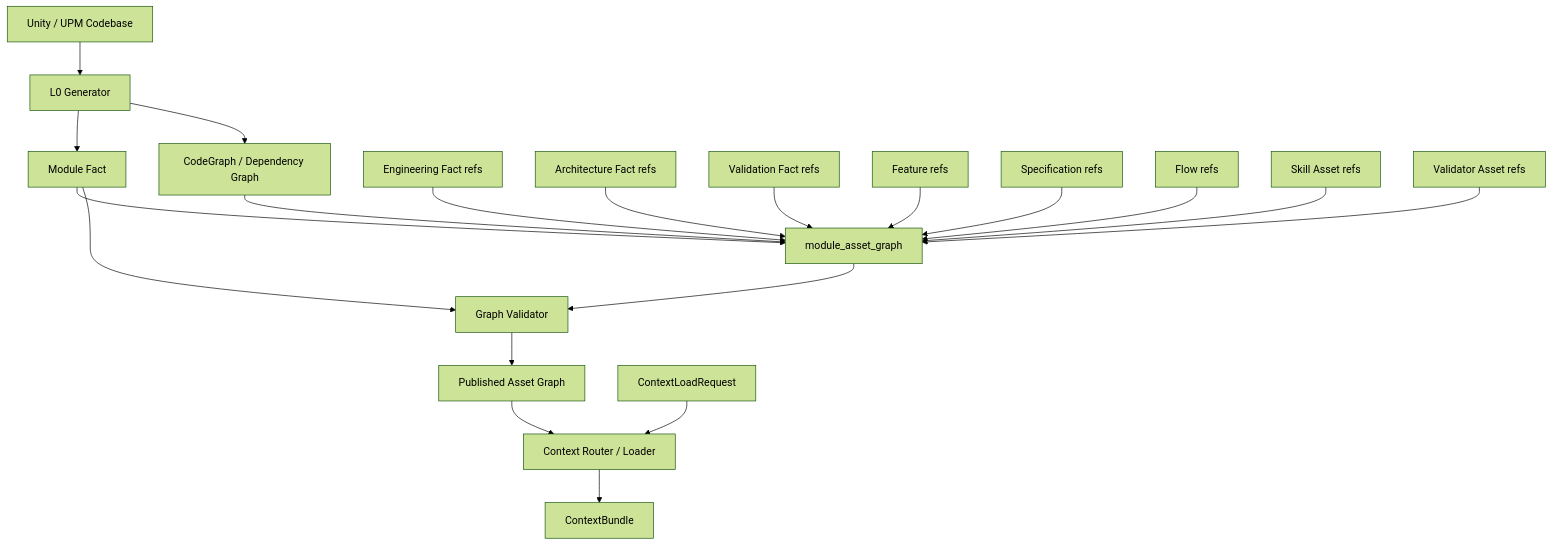
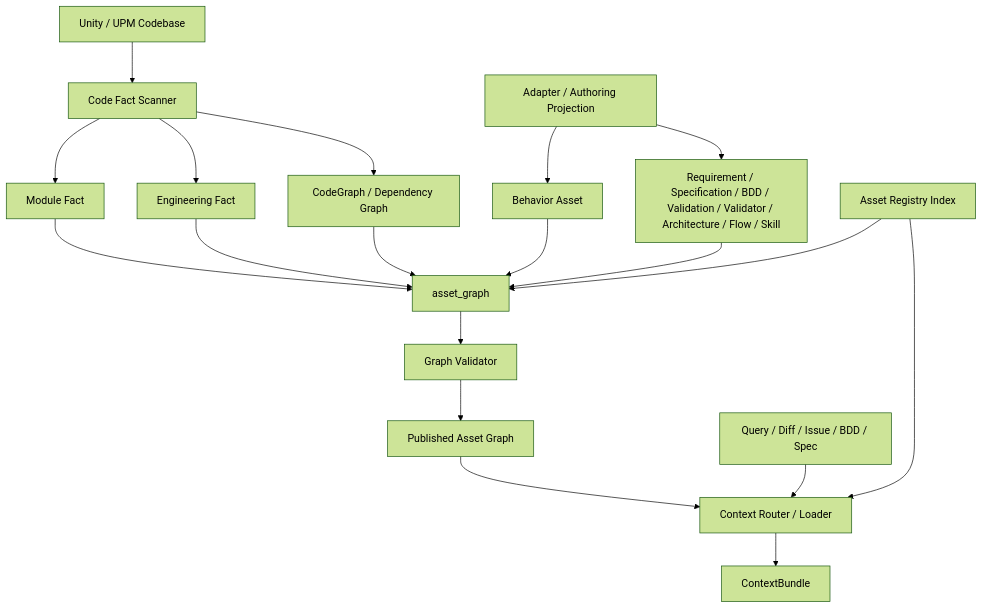
Before and after one commit to daihothot/uconnect: the third of 5 diagrams in docs/uconnect-context-management.zh.md, drawn with Mermaid (forest theme). The commit also changed other lines of this file, not shown here.

First line of the commit message:
docs: restructure UConnect context management navigation model

````diff
--- a/docs/uconnect-context-management.zh.md
+++ b/docs/uconnect-context-management.zh.md
@@ -1614,25 +1729,25 @@
 ```mermaid
 flowchart TB
-    Code[Unity / UPM Codebase] --> Generator[L0 Generator]
-    Generator --> ModuleFact[Module Fact]
-    Generator --> CodeGraph[CodeGraph / Dependency Graph]
-    ModuleFact --> AssetGraph[module_asset_graph]
+    Code[Unity / UPM Codebase] --> Scanner[Code Fact Scanner]
+    Scanner --> ModuleFact[Module Fact]
+    Scanner --> EngineeringFact[Engineering Fact]
+    Scanner --> CodeGraph[CodeGraph / Dependency Graph]
+
+    Adapter[Adapter / Authoring Projection] --> Behavior[Behavior Asset]
+    Adapter --> UpperAssets[Requirement / Specification / BDD / Validation / Validator / Architecture / Flow / Skill]
+
+    Registry[Asset Registry Index] --> AssetGraph[asset_graph]
+    Behavior --> AssetGraph
+    ModuleFact --> AssetGraph
+    EngineeringFact --> AssetGraph
     CodeGraph --> AssetGraph
-
-    L0Refs[Engineering Fact refs] --> AssetGraph
-    L1Refs[Architecture Fact refs] --> AssetGraph
-    L2Refs[Validation Fact refs] --> AssetGraph
-    FeatureRefs[Feature refs] --> AssetGraph
-    SpecRefs[Specification refs] --> AssetGraph
-    FlowRefs[Flow refs] --> AssetGraph
-    SkillRefs[Skill Asset refs] --> AssetGraph
-    ValidatorRefs[Validator Asset refs] --> AssetGraph
+    UpperAssets --> AssetGraph
 
     AssetGraph --> GraphCheck[Graph Validator]
-    ModuleFact --> GraphCheck
     GraphCheck --> PublishedGraph[Published Asset Graph]
 
-    Request[ContextLoadRequest] --> Router[Context Router / Loader]
+    Request[Query / Diff / Issue / BDD / Spec] --> Router[Context Router / Loader]
+    Registry --> Router
     PublishedGraph --> Router
     Router --> Bundle[ContextBundle]
 ```
````
